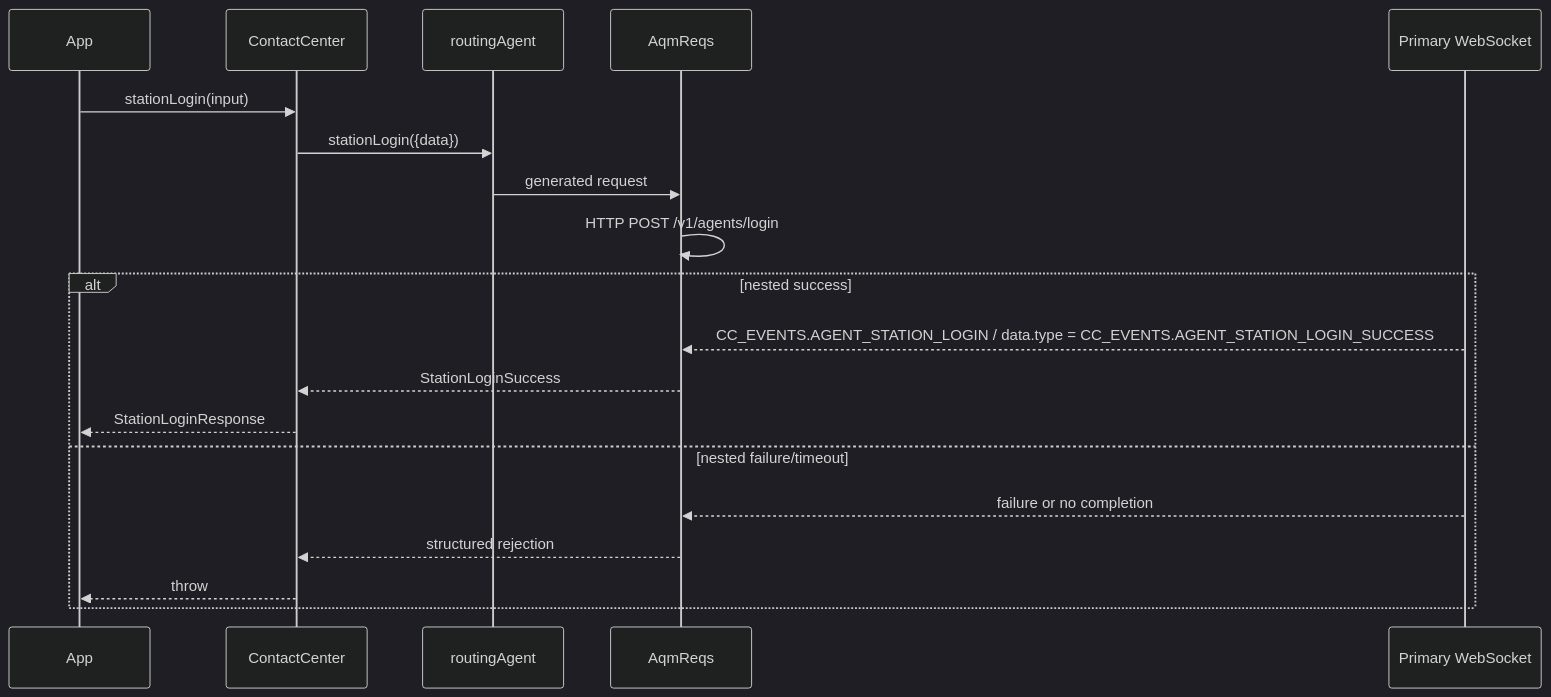
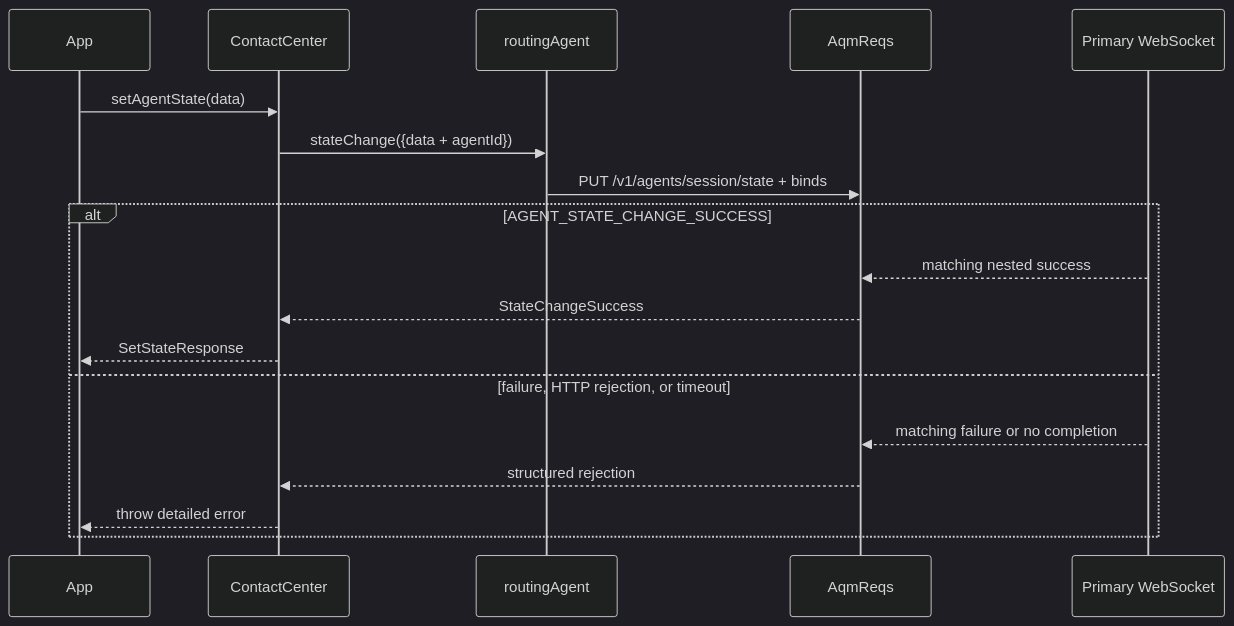
The seventh of 10 diagrams in packages/@webex/contact-center/src/services/agent/ai-docs/agent-spec.md (webex/webex-js-sdk), drawn with Mermaid (dark theme) before and after one commit. The commit also changed other lines of this file and 10 other files, not shown here.

````diff
--- a/packages/@webex/contact-center/src/services/agent/ai-docs/agent-spec.md
+++ b/packages/@webex/contact-center/src/services/agent/ai-docs/agent-spec.md
@@ -123,21 +233,20 @@
 ```mermaid
 sequenceDiagram
   participant App
   participant CC as ContactCenter
   participant Agent as routingAgent
   participant AQM as AqmReqs
   participant WS as Primary WebSocket
-  App->>CC: stationLogin(input)
-  CC->>Agent: stationLogin({data})
-  Agent->>AQM: generated request
-  AQM->>AQM: HTTP POST /v1/agents/login
-  alt nested success
-    WS-->>AQM: CC_EVENTS.AGENT_STATION_LOGIN / data.type = CC_EVENTS.AGENT_STATION_LOGIN_SUCCESS
-    AQM-->>CC: StationLoginSuccess
-    CC-->>App: StationLoginResponse
-  else nested failure/timeout
-    WS-->>AQM: failure or no completion
+  App->>CC: setAgentState(data)
+  CC->>Agent: stateChange({data + agentId})
+  Agent->>AQM: PUT /v1/agents/session/state + binds
+  alt AGENT_STATE_CHANGE_SUCCESS
+    WS-->>AQM: matching nested success
+    AQM-->>CC: StateChangeSuccess
+    CC-->>App: SetStateResponse
+  else failure, HTTP rejection, or timeout
+    WS-->>AQM: matching failure or no completion
     AQM-->>CC: structured rejection
-    CC-->>App: throw
+    CC-->>App: throw detailed error
   end
 ```
````
